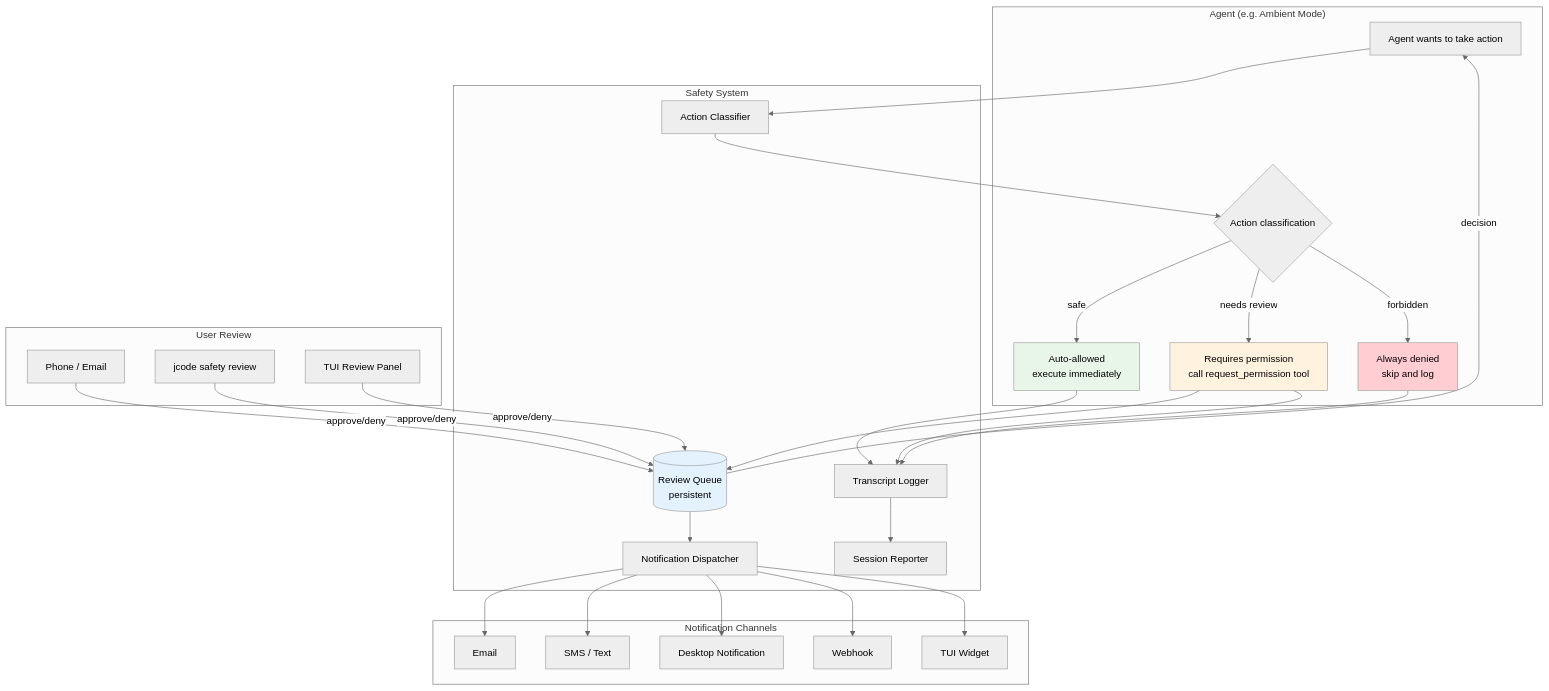
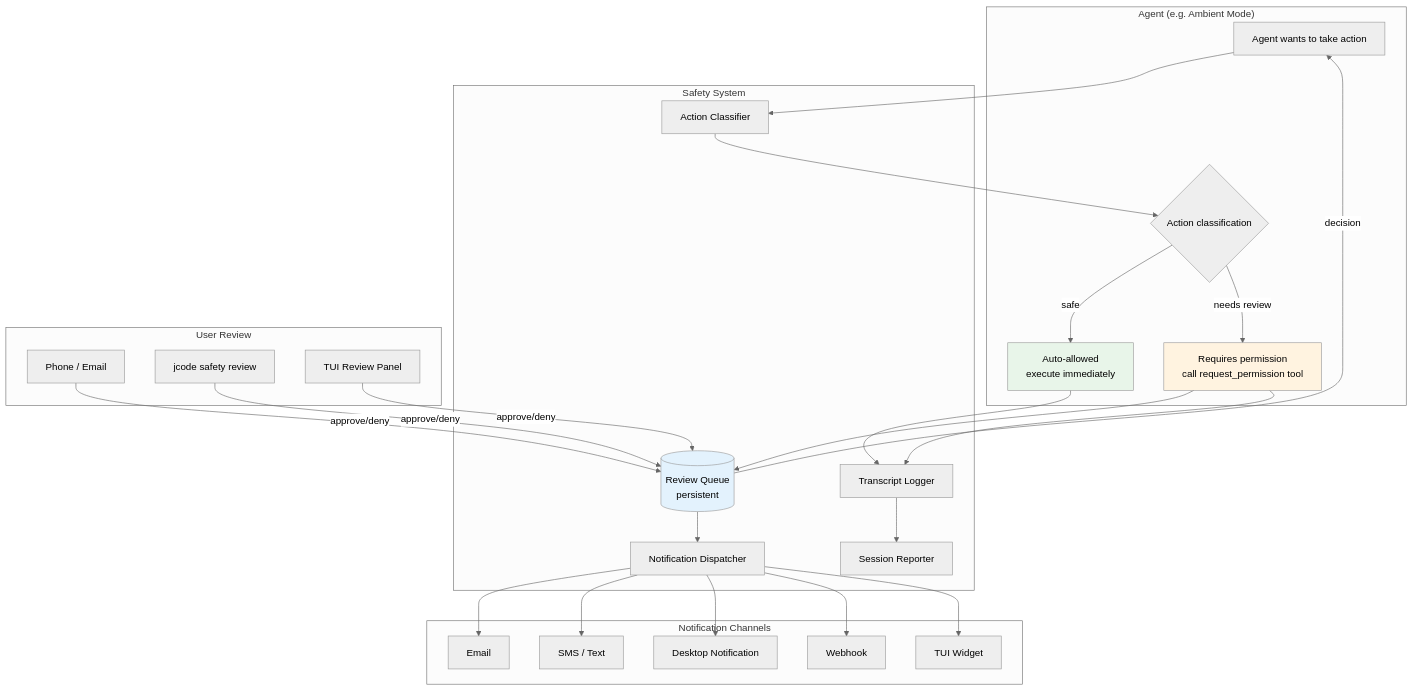
The first of 3 diagrams in docs/SAFETY_SYSTEM.md (zipadoodlez/kcode), drawn with Mermaid (neutral theme) before and after one commit. The commit also changed other lines of this file, not shown here.

````diff
--- a/docs/SAFETY_SYSTEM.md
+++ b/docs/SAFETY_SYSTEM.md
@@ -23,61 +23,57 @@
 ```mermaid
 graph TB
     subgraph "Agent (e.g. Ambient Mode)"
         A[Agent wants to take action]
         AC{Action classification}
         AUTO[Auto-allowed<br/>execute immediately]
         PERM[Requires permission<br/>call request_permission tool]
-        DENY[Always denied<br/>skip and log]
     end
 
     subgraph "Safety System"
         RQ[(Review Queue<br/>persistent)]
         CL[Action Classifier]
         NF[Notification Dispatcher]
         TL[Transcript Logger]
         SR[Session Reporter]
     end
 
     subgraph "Notification Channels"
         EM[Email]
         SM[SMS / Text]
         DN[Desktop Notification]
         WH[Webhook]
         TUI[TUI Widget]
     end
 
     subgraph "User Review"
         PH[Phone / Email]
         CLI[jcode safety review]
         TW[TUI Review Panel]
     end
 
     A --> CL
     CL --> AC
     AC -->|safe| AUTO
     AC -->|needs review| PERM
-    AC -->|forbidden| DENY
 
     PERM --> RQ
     RQ --> NF
     NF --> EM
     NF --> SM
     NF --> DN
     NF --> WH
     NF --> TUI
 
     PH -->|approve/deny| RQ
     CLI -->|approve/deny| RQ
     TW -->|approve/deny| RQ
     RQ -->|decision| A
 
     AUTO --> TL
     PERM --> TL
-    DENY --> TL
     TL --> SR
 
     style AUTO fill:#e8f5e9
     style PERM fill:#fff3e0
-    style DENY fill:#ffcdd2
     style RQ fill:#e3f2fd
 ```
````
